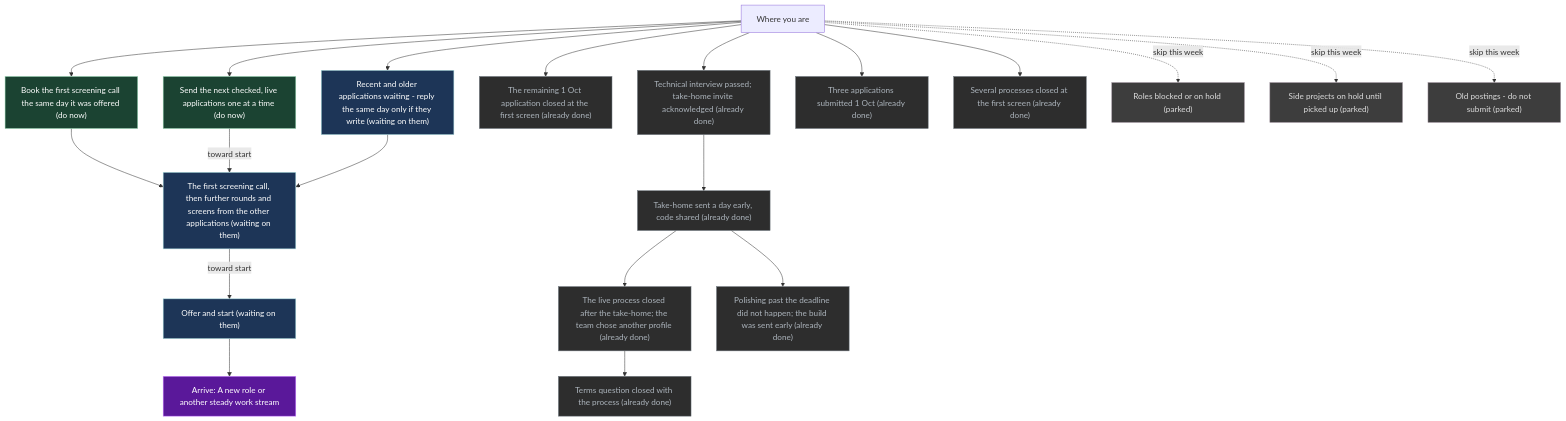
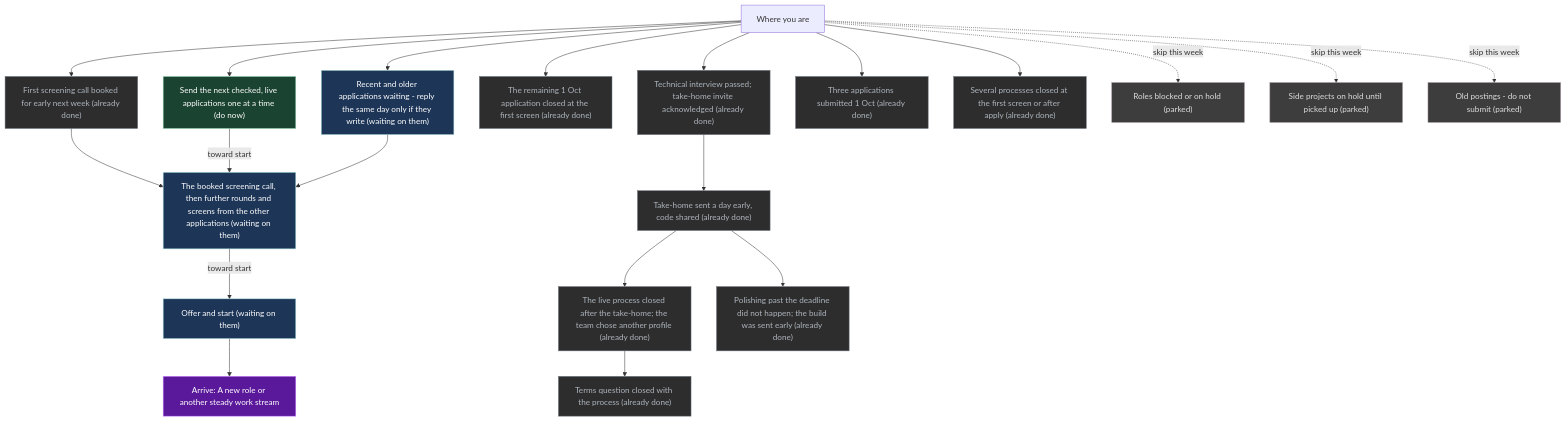
One commit to p10ns11y/life-os changed the diagram in UI/Mission.md. Above: the diagram before and after it, drawn with Mermaid. The commit also changed other lines of this file, not shown here.

````diff
--- a/UI/Mission.md
+++ b/UI/Mission.md
@@ -71,50 +70,50 @@
 ```mermaid
 flowchart TB
   x["Where you are"]
   G["Arrive: A new role or another steady work stream"]
-  S9["Book the first screening call the same day it was offered (do now)"]
+  S9["First screening call booked for early next week (already done)"]
   S0["Technical interview passed; take-home invite acknowledged (already done)"]
   S4["Take-home sent a day early, code shared (already done)"]
   S4b["The live process closed after the take-home; the team chose another profile (already done)"]
   S7["Send the next checked, live applications one at a time (do now)"]
-  S8["The first screening call, then further rounds and screens from the other applications (waiting on them)"]
+  S8["The booked screening call, then further rounds and screens from the other applications (waiting on them)"]
   S5["Offer and start (waiting on them)"]
   S6["The remaining 1 Oct application closed at the first screen (already done)"]
   S1["Recent and older applications waiting - reply the same day only if they write (waiting on them)"]
   R1["Terms question closed with the process (already done)"]
   R2["Polishing past the deadline did not happen; the build was sent early (already done)"]
   S3["Three applications submitted 1 Oct (already done)"]
-  D1["Several processes closed at the first screen (already done)"]
+  D1["Several processes closed at the first screen or after apply (already done)"]
   P1["Roles blocked or on hold (parked)"]
   P2["Side projects on hold until picked up (parked)"]
   P3["Old postings - do not submit (parked)"]
   x --> S9
   x --> S0
   S0 --> S4
   S4 --> S4b
   x --> S7
   S9 --> S8
   S7 -->|"toward start"| S8
   S1 --> S8
   S8 -->|"toward start"| S5
   x --> S6
   x --> S1
   S4b --> R1
   S4 --> R2
   x --> S3
   x --> D1
   x -.->|"skip this week"| P1
   x -.->|"skip this week"| P2
   x -.->|"skip this week"| P3
   S5 --> G
   classDef do fill:#1b4332,stroke:#95d5b2,color:#fff
   classDef wait fill:#1d3557,stroke:#a8dadc,color:#fff
   classDef park fill:#3d3d3d,stroke:#9a8c98,color:#ddd
   classDef done fill:#2d2d2d,stroke:#6c757d,color:#adb5bd
   classDef goal fill:#5a189a,stroke:#c77dff,color:#fff
   class G goal
-  class S9,S7 do
+  class S7 do
   class S8,S5,S1 wait
   class P1,P2,P3 park
-  class S0,S4,S4b,S6,R1,R2,S3,D1 done
+  class S9,S0,S4,S4b,S6,R1,R2,S3,D1 done
 ```
````
